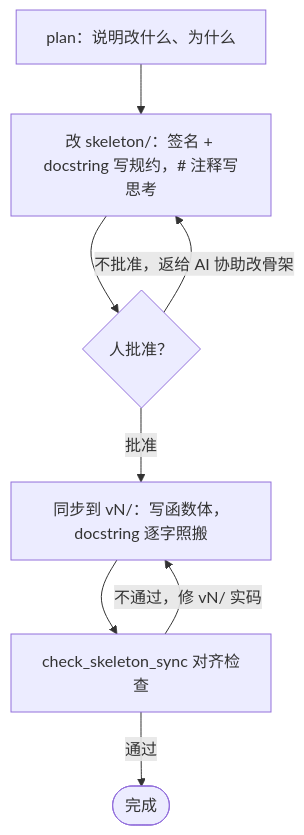
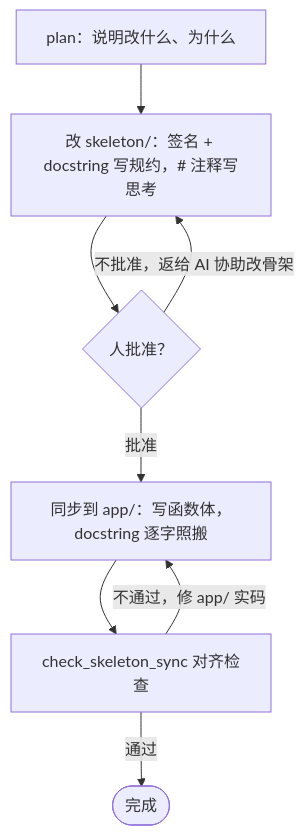
One commit to liuhetian/wiki changed the second of 2 diagrams in docs/posts/ai-code-skeleton/index.md. Above: the diagram before and after it, drawn with Mermaid. The commit also changed other lines of this file and 8 other files, not shown here.

````diff
--- a/docs/posts/ai-code-skeleton/index.md
+++ b/docs/posts/ai-code-skeleton/index.md
@@ -115,10 +158,10 @@
 ```mermaid
 graph TD
     P["plan：说明改什么、为什么"] --> S["改 skeleton/：签名 + docstring 写规约，# 注释写思考"]
     S --> A{人批准？}
     A -->|不批准，返给 AI 协助改骨架| S
-    A -->|批准| V["同步到 vN/：写函数体，docstring 逐字照搬"]
+    A -->|批准| V["同步到 app/：写函数体，docstring 逐字照搬"]
     V --> C["check_skeleton_sync 对齐检查"]
-    C -->|不通过，修 vN/ 实码| V
+    C -->|不通过，修 app/ 实码| V
     C -->|通过| Done([完成])
 ```
````
